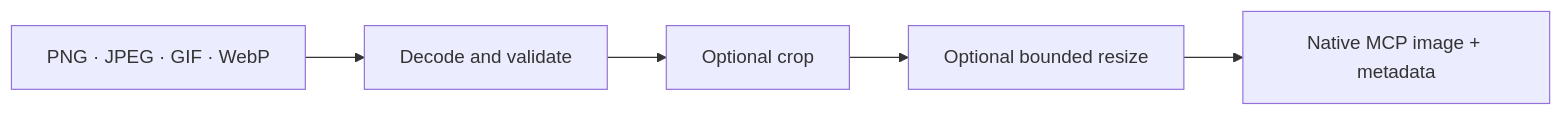
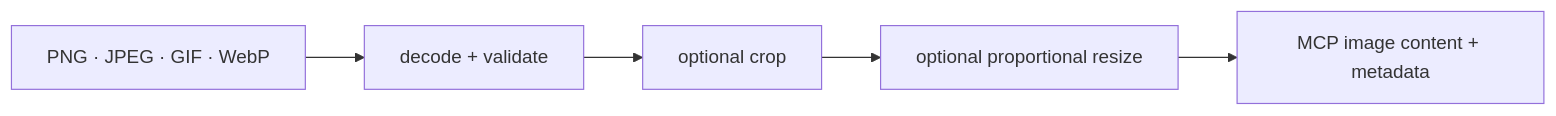
One commit to hicancan/local-runtime-mcp changed the fifth of 7 diagrams in README.md. Above: the diagram before and after it, drawn with Mermaid. The commit also changed other lines of this file and 21 other files, not shown here.

````diff
--- a/README.md
+++ b/README.md
@@ -137,7 +192,7 @@
 ```mermaid
 flowchart LR
-    FILE[PNG · JPEG · GIF · WebP] --> DECODE[Decode and validate]
-    DECODE --> CROP[Optional crop]
-    CROP --> SCALE[Optional bounded resize]
-    SCALE --> MCPIMG[Native MCP image + metadata]
+    FILE[PNG · JPEG · GIF · WebP] --> VALIDATE[decode + validate]
+    VALIDATE --> CROP[optional crop]
+    CROP --> SCALE[optional proportional resize]
+    SCALE --> RESULT[MCP image content + metadata]
 ```
````
